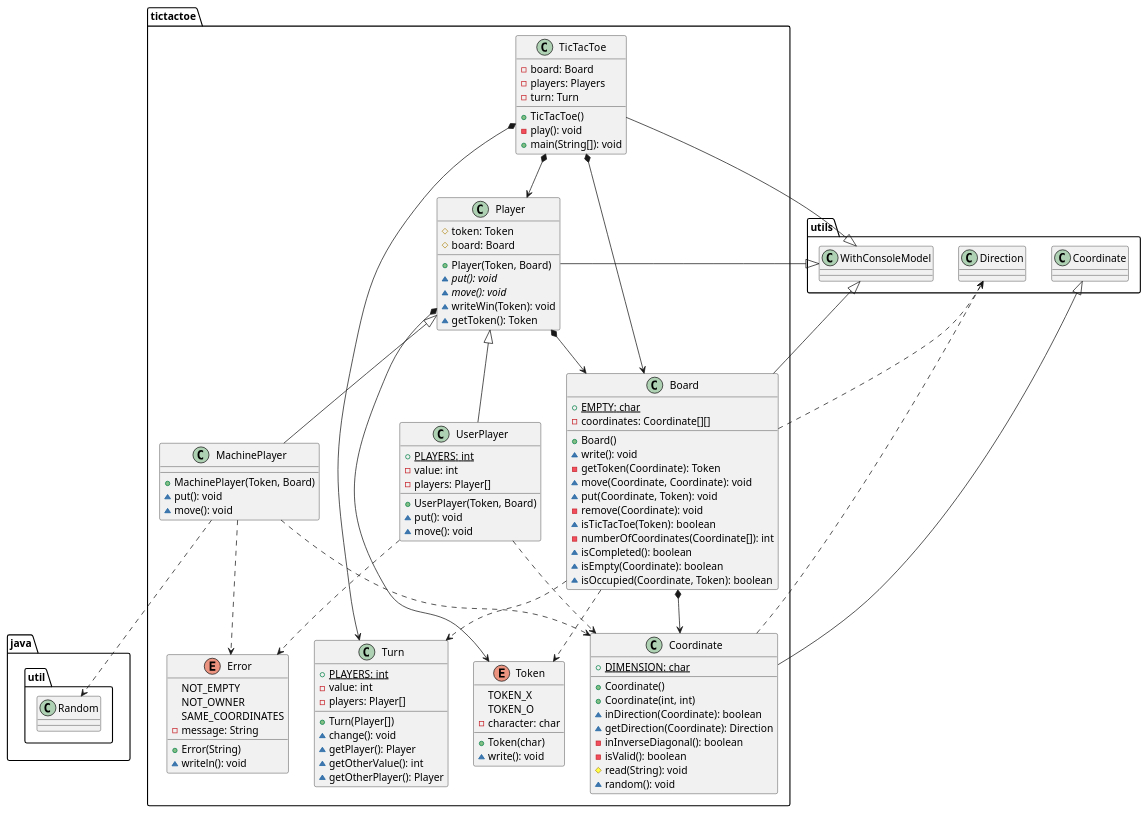
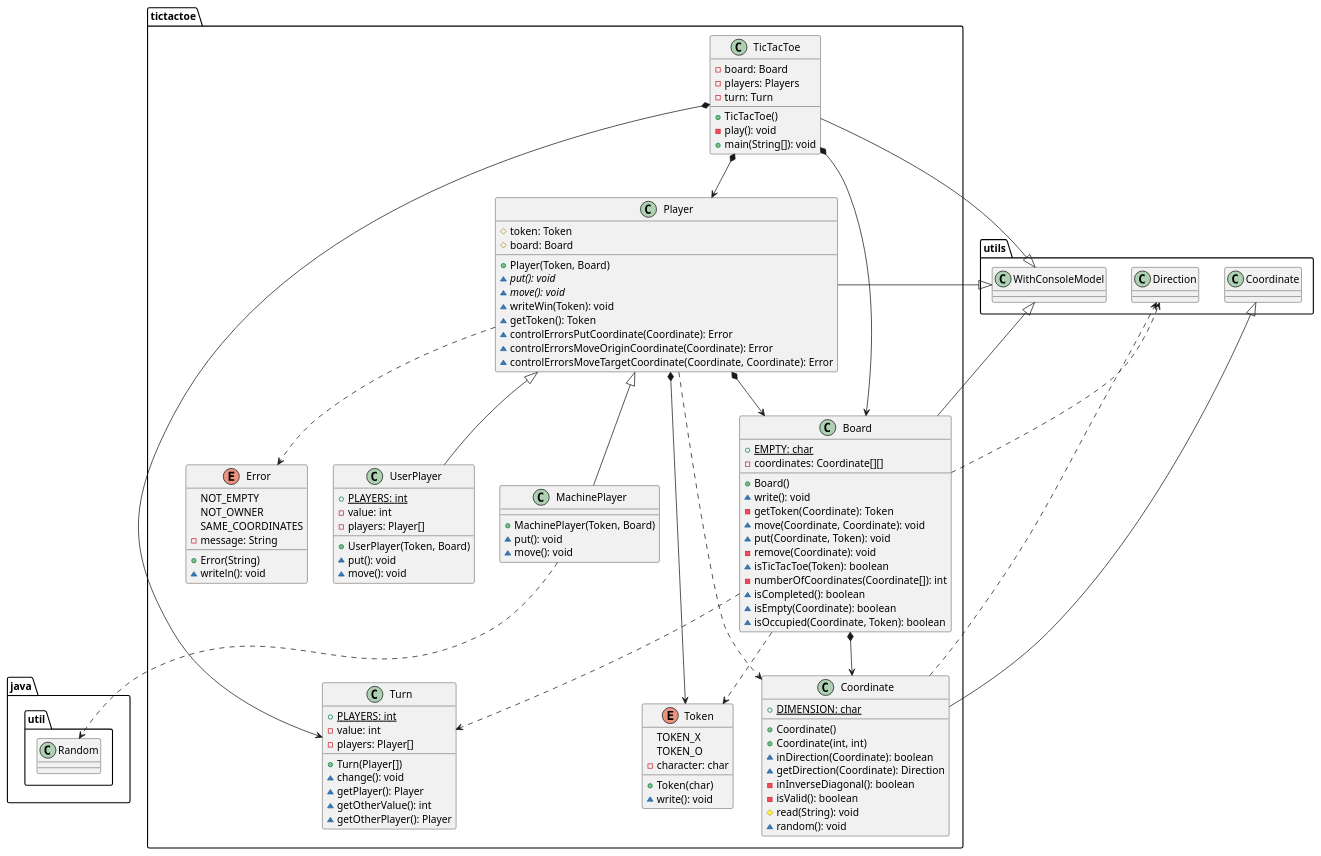
The second of 4 diagrams in docs/src/docs/asciidoc/index.adoc (x-USantaTecla-game-ticTacToe/java), drawn with PlantUML before and after one commit. The commit also changed 7 other files, not shown here.

Commit message:
Refactor player's errors

```diff
--- a/docs/src/docs/asciidoc/index.adoc
+++ b/docs/src/docs/asciidoc/index.adoc
@@ -100,8 +100,6 @@
 ~ move(): void
 }
 tictactoe.Player <|-down- tictactoe.MachinePlayer
-tictactoe.MachinePlayer ..> tictactoe.Coordinate
-tictactoe.MachinePlayer ..> tictactoe.Error
 tictactoe.MachinePlayer ..> java.util.Random
 
 class  tictactoe.Player{
@@ -112,10 +110,15 @@
 ~ {abstract} move(): void
 ~ writeWin(Token): void
 ~ getToken(): Token
+~ controlErrorsPutCoordinate(Coordinate): Error
+~ controlErrorsMoveOriginCoordinate(Coordinate): Error
+~ controlErrorsMoveTargetCoordinate(Coordinate, Coordinate): Error
 }
 utils.WithConsoleModel <|-down- tictactoe.Player
 tictactoe.Player *-down-> tictactoe.Token
 tictactoe.Player *-down-> tictactoe.Board
+tictactoe.Player ..> tictactoe.Coordinate
+tictactoe.Player ..> tictactoe.Error
 
 class  tictactoe.TicTacToe{
 - board: Board
@@ -158,7 +161,5 @@
 ~ move(): void
 }
 tictactoe.Player <|-down- tictactoe.UserPlayer
-tictactoe.UserPlayer ..> tictactoe.Coordinate
-tictactoe.UserPlayer ..> tictactoe.Error
 
 ....
```
